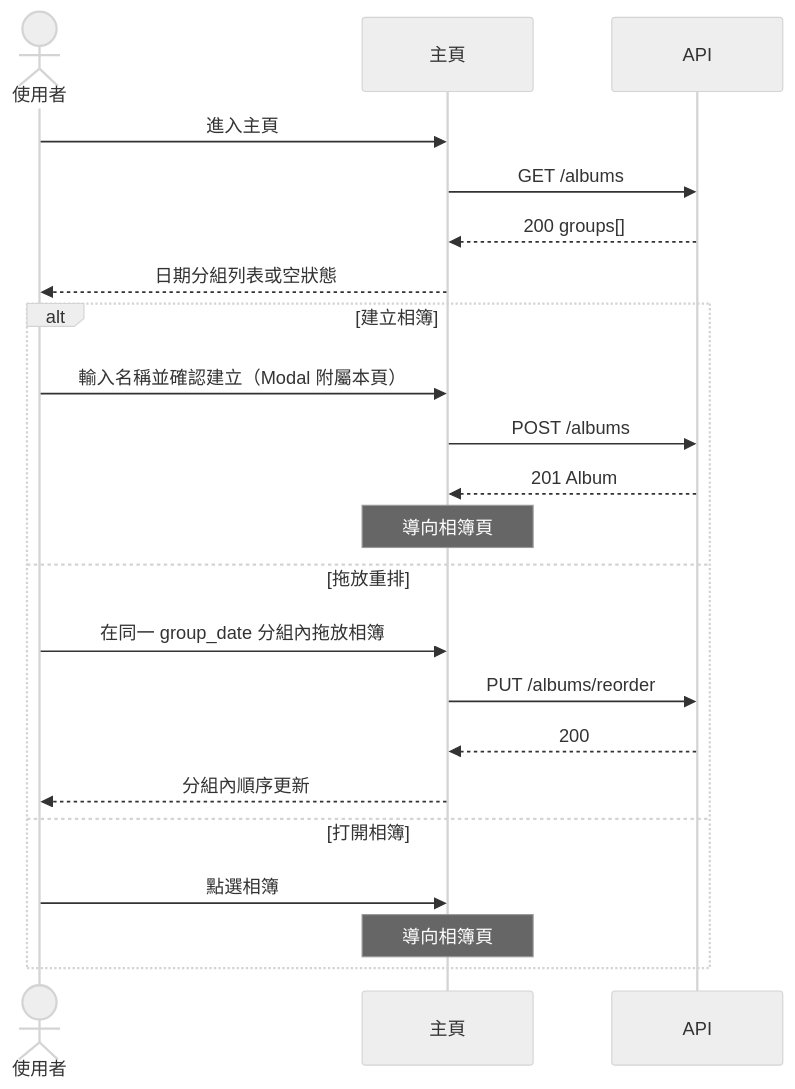
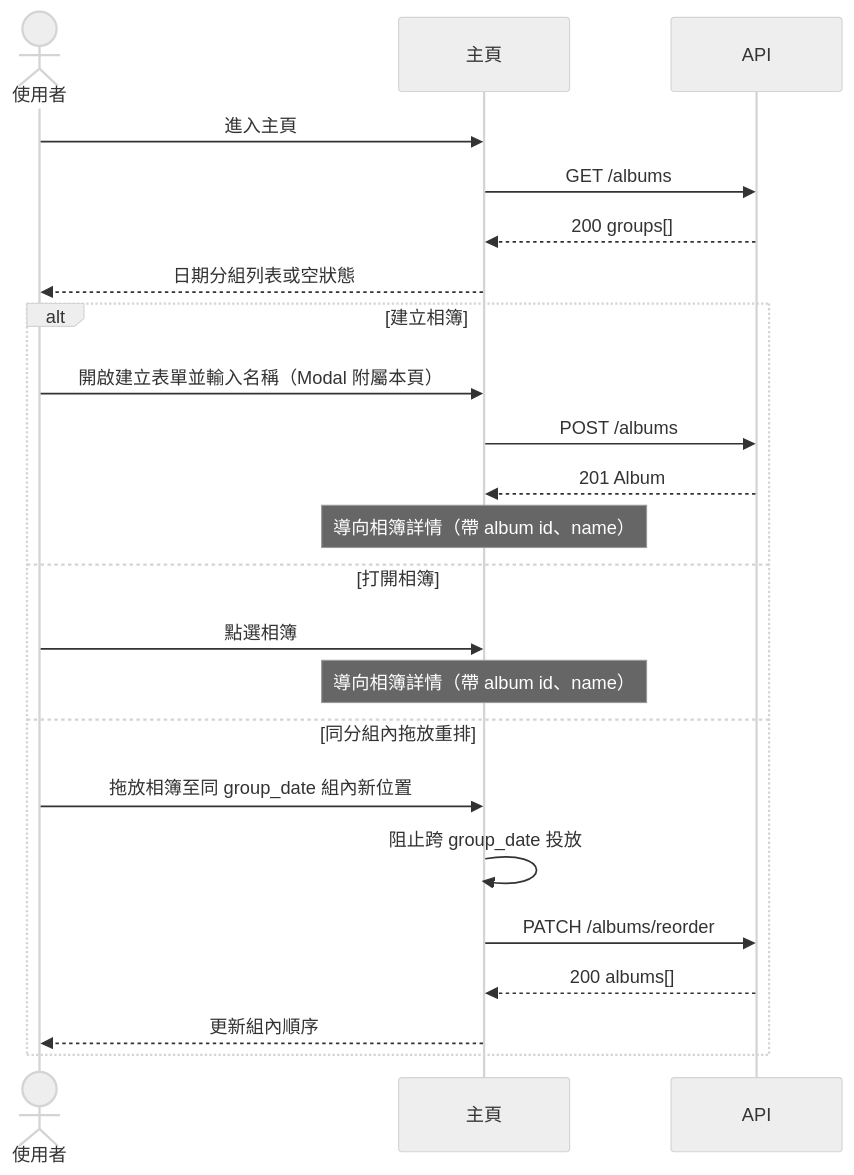
The fifth of 7 diagrams in specs/001-photo-albums/system-analyze/ui-plan.md (Waterball-Limited-Company/Jochu-lv1-training-course), drawn with Mermaid (neutral theme) before and after one commit. The commit also changed other lines of this file and 54 other files, not shown here.

````diff
--- a/specs/001-photo-albums/system-analyze/ui-plan.md
+++ b/specs/001-photo-albums/system-analyze/ui-plan.md
@@ -147,26 +150,27 @@
 ```mermaid
 sequenceDiagram
     actor U as 使用者
     participant Home as 主頁
     participant API as API
 
     U->>Home: 進入主頁
     Home->>API: GET /albums
     API-->>Home: 200 groups[]
     Home-->>U: 日期分組列表或空狀態
 
     alt 建立相簿
-        U->>Home: 輸入名稱並確認建立（Modal 附屬本頁）
+        U->>Home: 開啟建立表單並輸入名稱（Modal 附屬本頁）
         Home->>API: POST /albums
         API-->>Home: 201 Album
-        Note over Home: 導向相簿頁
-    else 拖放重排
-        U->>Home: 在同一 group_date 分組內拖放相簿
-        Home->>API: PUT /albums/reorder
-        API-->>Home: 200
-        Home-->>U: 分組內順序更新
+        Note over Home: 導向相簿詳情（帶 album id、name）
     else 打開相簿
         U->>Home: 點選相簿
-        Note over Home: 導向相簿頁
+        Note over Home: 導向相簿詳情（帶 album id、name）
+    else 同分組內拖放重排
+        U->>Home: 拖放相簿至同 group_date 組內新位置
+        Home->>Home: 阻止跨 group_date 投放
+        Home->>API: PATCH /albums/reorder
+        API-->>Home: 200 albums[]
+        Home-->>U: 更新組內順序
     end
 ```
````
